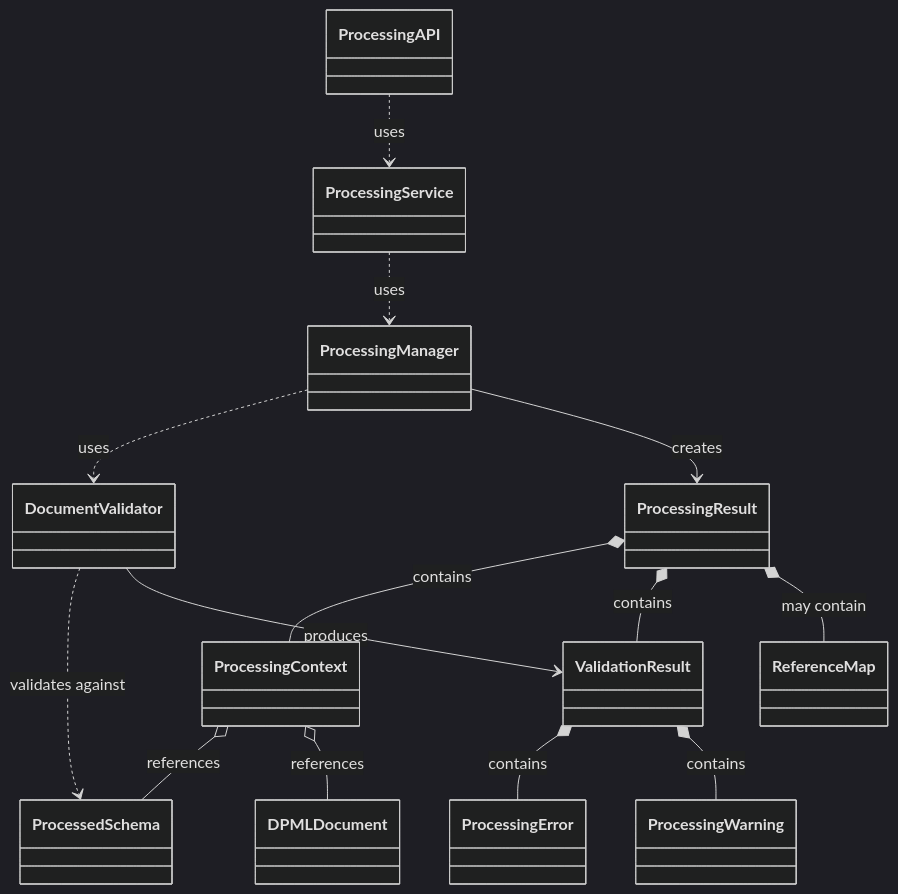
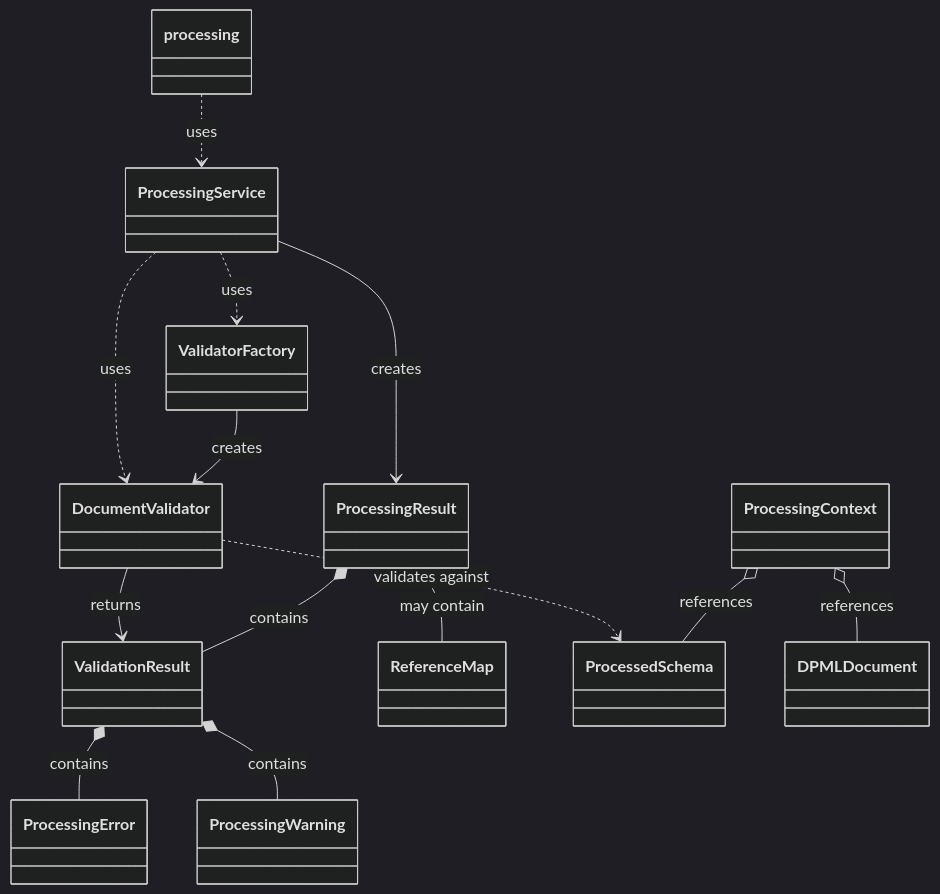
One commit to Deepractice/DPML changed the sixth of 7 diagrams in packages/core/docs/product/Processing-Design.md. Above: the diagram before and after it, drawn with Mermaid (dark theme). The commit also changed other lines of this file and 23 other files, not shown here.

````diff
--- a/packages/core/docs/product/Processing-Design.md
+++ b/packages/core/docs/product/Processing-Design.md
@@ -211,21 +218,20 @@
 ```mermaid
 classDiagram
     %% 依赖关系
-    ProcessingAPI ..> ProcessingService : uses
-    ProcessingService ..> ProcessingManager : uses
-    ProcessingManager ..> DocumentValidator : uses
-    ProcessingManager --> ProcessingResult : creates
+    processing ..> ProcessingService : uses
+    ProcessingService ..> DocumentValidator : uses
+    ProcessingService ..> ValidatorFactory : uses
+    ValidatorFactory --> DocumentValidator : creates
+    ProcessingService --> ProcessingResult : creates
+    DocumentValidator --> ValidationResult : returns
     
-    ProcessingResult *-- ProcessingContext : contains
     ProcessingResult *-- ValidationResult : contains
     ProcessingResult *-- ReferenceMap : may contain
-    
     ValidationResult *-- ProcessingError : contains
     ValidationResult *-- ProcessingWarning : contains
     
     DocumentValidator ..> ProcessedSchema : validates against
-    DocumentValidator --> ValidationResult : produces
     
     ProcessingContext o-- ProcessedSchema : references
     ProcessingContext o-- DPMLDocument : references
 ```
````
